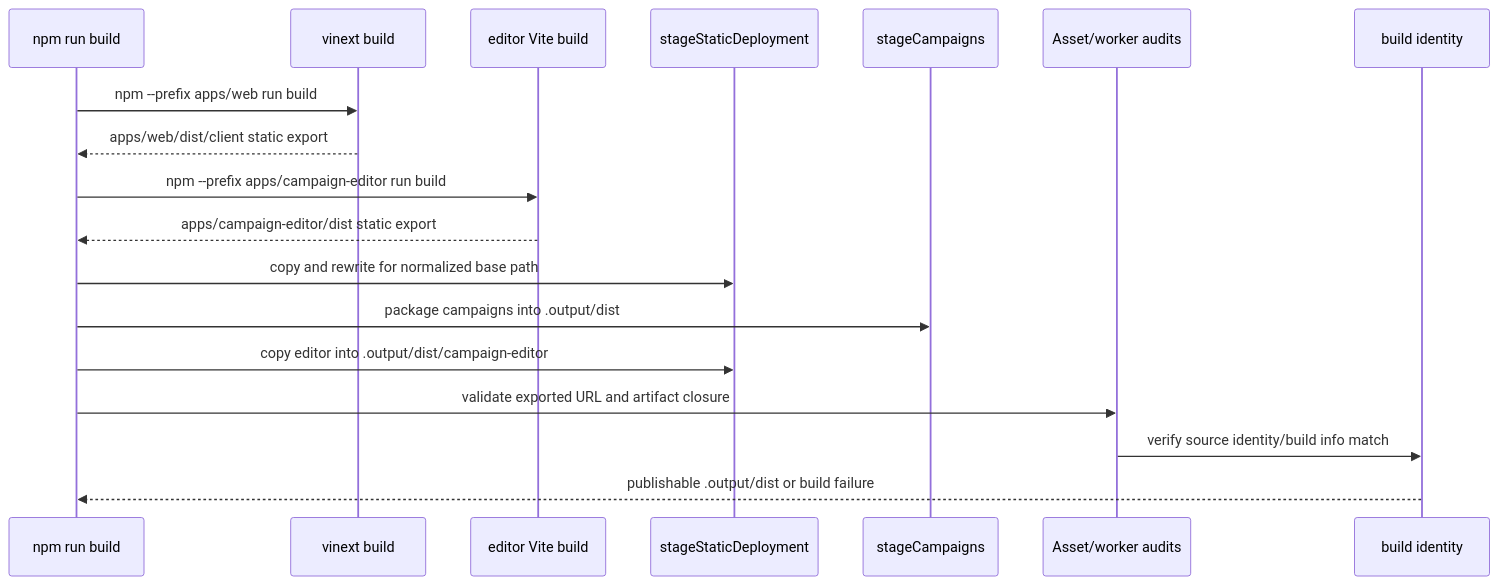
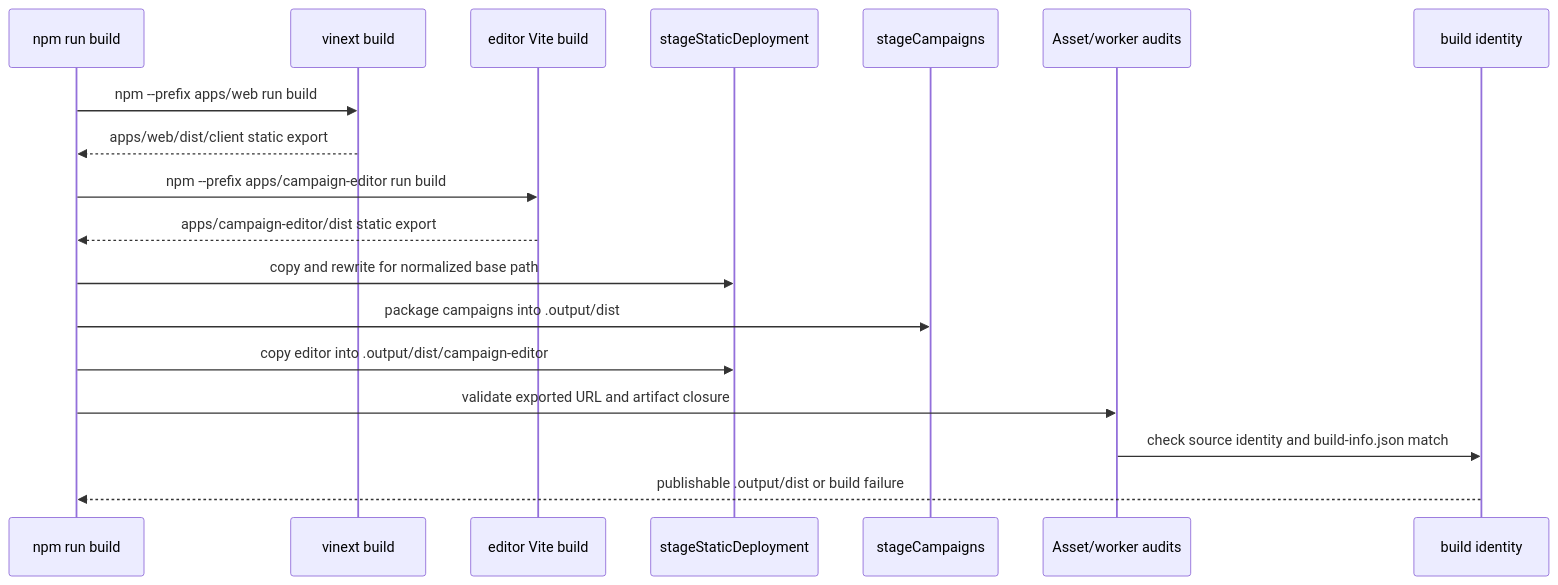
The second of 2 diagrams in docs/architecture/build-and-tooling.md (fsodano/granaderos), drawn with Mermaid before and after one commit. The commit also changed other lines of this file and 1182 other files, not shown here.

````diff
--- a/docs/architecture/build-and-tooling.md
+++ b/docs/architecture/build-and-tooling.md
@@ -47,20 +33,20 @@
 ```mermaid
 sequenceDiagram
   participant N as npm run build
   participant V as vinext build
   participant E as editor Vite build
   participant S as stageStaticDeployment
   participant C as stageCampaigns
   participant A as Asset/worker audits
   participant I as build identity
   N->>V: npm --prefix apps/web run build
   V-->>N: apps/web/dist/client static export
   N->>E: npm --prefix apps/campaign-editor run build
   E-->>N: apps/campaign-editor/dist static export
   N->>S: copy and rewrite for normalized base path
   N->>C: package campaigns into .output/dist
   N->>S: copy editor into .output/dist/campaign-editor
   N->>A: validate exported URL and artifact closure
-  A->>I: verify source identity/build info match
+  A->>I: check source identity and build-info.json match
   I-->>N: publishable .output/dist or build failure
 ```
````
